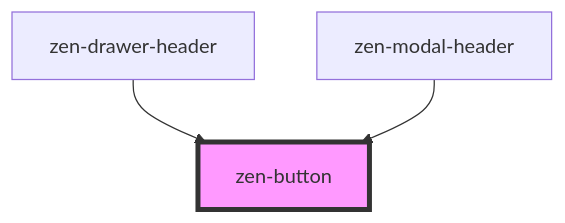
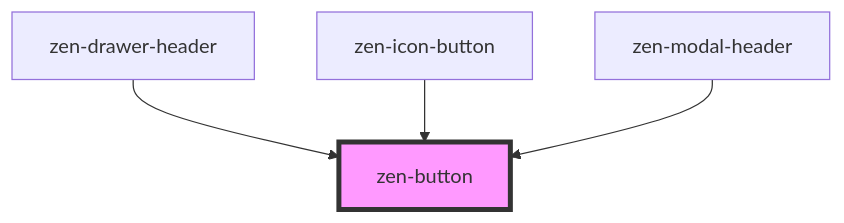
One commit to woodi3/zen-webcomponents changed the diagram in src/components/zen-button/readme.md. Above: the diagram before and after it, drawn with Mermaid. The commit also changed other lines of this file and 9 other files, not shown here.

First line of the commit message:
(feature): Zen icon button component (#37)

````diff
--- a/src/components/zen-button/readme.md
+++ b/src/components/zen-button/readme.md
@@ -27,6 +28,7 @@
 ```mermaid
 graph TD;
   zen-drawer-header --> zen-button
+  zen-icon-button --> zen-button
   zen-modal-header --> zen-button
   style zen-button fill:#f9f,stroke:#333,stroke-width:4px
 ```
````
